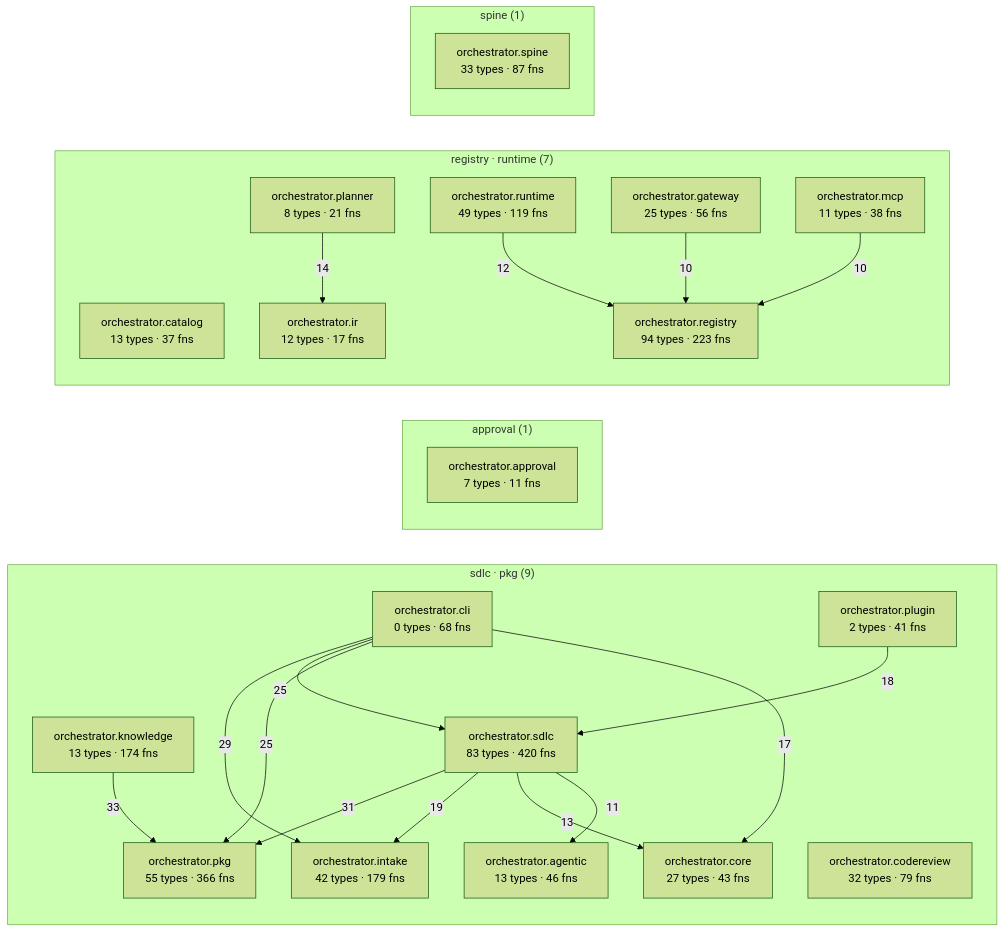
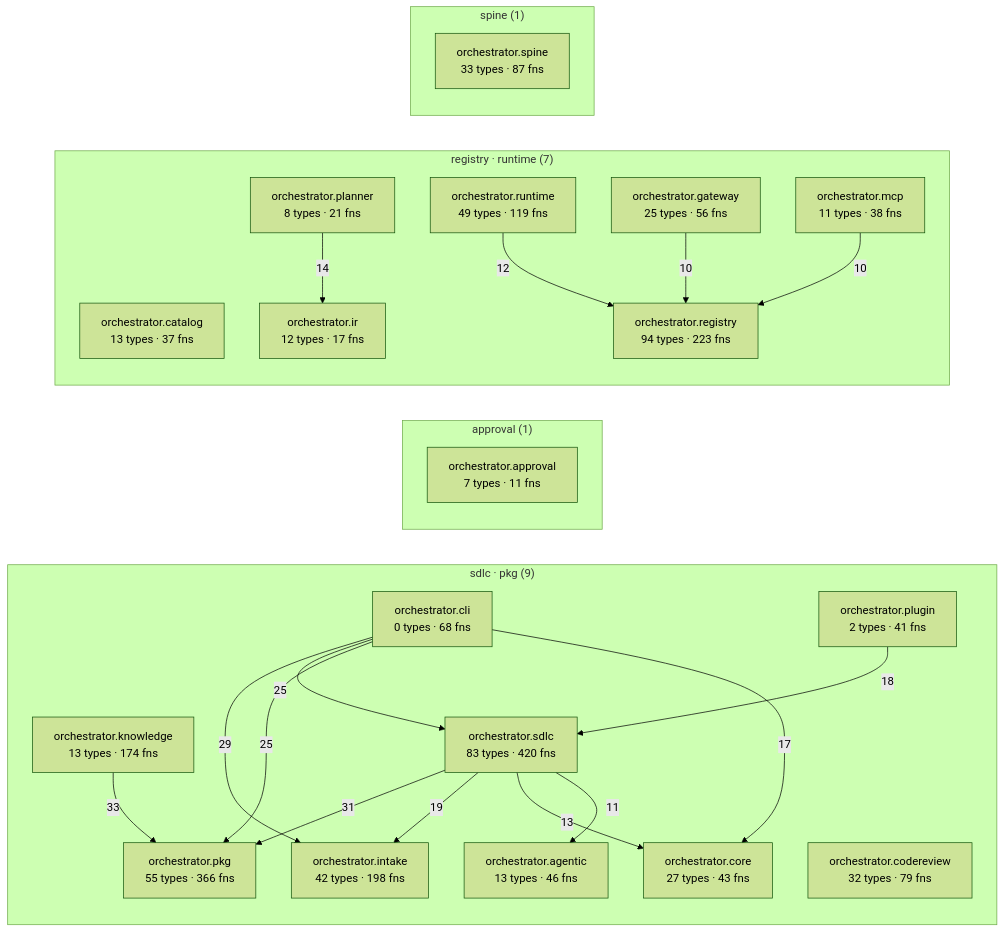
The diagram in episteme/architecture.md (synaptixs/spine), drawn with Mermaid (forest theme) before and after one commit. The commit also changed other lines of this file and 25 other files, not shown here.

First line of the commit message:
fix(intake): render issue bodies as real ADF and resolve issue types per project

````diff
--- a/episteme/architecture.md
+++ b/episteme/architecture.md
@@ -54,43 +54,43 @@
 ```mermaid
 flowchart LR
   subgraph c_1["sdlc · pkg (9)"]
     aorchestratoragentic["orchestrator.agentic<br/>13 types · 46 fns"]
     aorchestratorcli["orchestrator.cli<br/>0 types · 68 fns"]
     aorchestratorcodereview["orchestrator.codereview<br/>32 types · 79 fns"]
     aorchestratorcore["orchestrator.core<br/>27 types · 43 fns"]
-    aorchestratorintake["orchestrator.intake<br/>42 types · 179 fns"]
+    aorchestratorintake["orchestrator.intake<br/>42 types · 198 fns"]
     aorchestratorknowledge["orchestrator.knowledge<br/>13 types · 174 fns"]
     aorchestratorpkg["orchestrator.pkg<br/>55 types · 366 fns"]
     aorchestratorplugin["orchestrator.plugin<br/>2 types · 41 fns"]
     aorchestratorsdlc["orchestrator.sdlc<br/>83 types · 420 fns"]
   end
   subgraph c_2["approval (1)"]
     aorchestratorapproval["orchestrator.approval<br/>7 types · 11 fns"]
   end
   subgraph c_3["registry · runtime (7)"]
     aorchestratorcatalog["orchestrator.catalog<br/>13 types · 37 fns"]
     aorchestratorgateway["orchestrator.gateway<br/>25 types · 56 fns"]
     aorchestratorir["orchestrator.ir<br/>12 types · 17 fns"]
     aorchestratormcp["orchestrator.mcp<br/>11 types · 38 fns"]
     aorchestratorplanner["orchestrator.planner<br/>8 types · 21 fns"]
     aorchestratorregistry["orchestrator.registry<br/>94 types · 223 fns"]
     aorchestratorruntime["orchestrator.runtime<br/>49 types · 119 fns"]
   end
   subgraph c_10["spine (1)"]
     aorchestratorspine["orchestrator.spine<br/>33 types · 87 fns"]
   end
   aorchestratorknowledge -->|33| aorchestratorpkg
   aorchestratorsdlc -->|31| aorchestratorpkg
   aorchestratorcli -->|29| aorchestratorintake
   aorchestratorcli -->|25| aorchestratorsdlc
   aorchestratorcli -->|25| aorchestratorpkg
   aorchestratorsdlc -->|19| aorchestratorintake
   aorchestratorplugin -->|18| aorchestratorsdlc
   aorchestratorcli -->|17| aorchestratorcore
   aorchestratorplanner -->|14| aorchestratorir
   aorchestratorsdlc -->|13| aorchestratorcore
   aorchestratorruntime -->|12| aorchestratorregistry
   aorchestratorsdlc -->|11| aorchestratoragentic
   aorchestratorgateway -->|10| aorchestratorregistry
   aorchestratormcp -->|10| aorchestratorregistry
 ```
````
